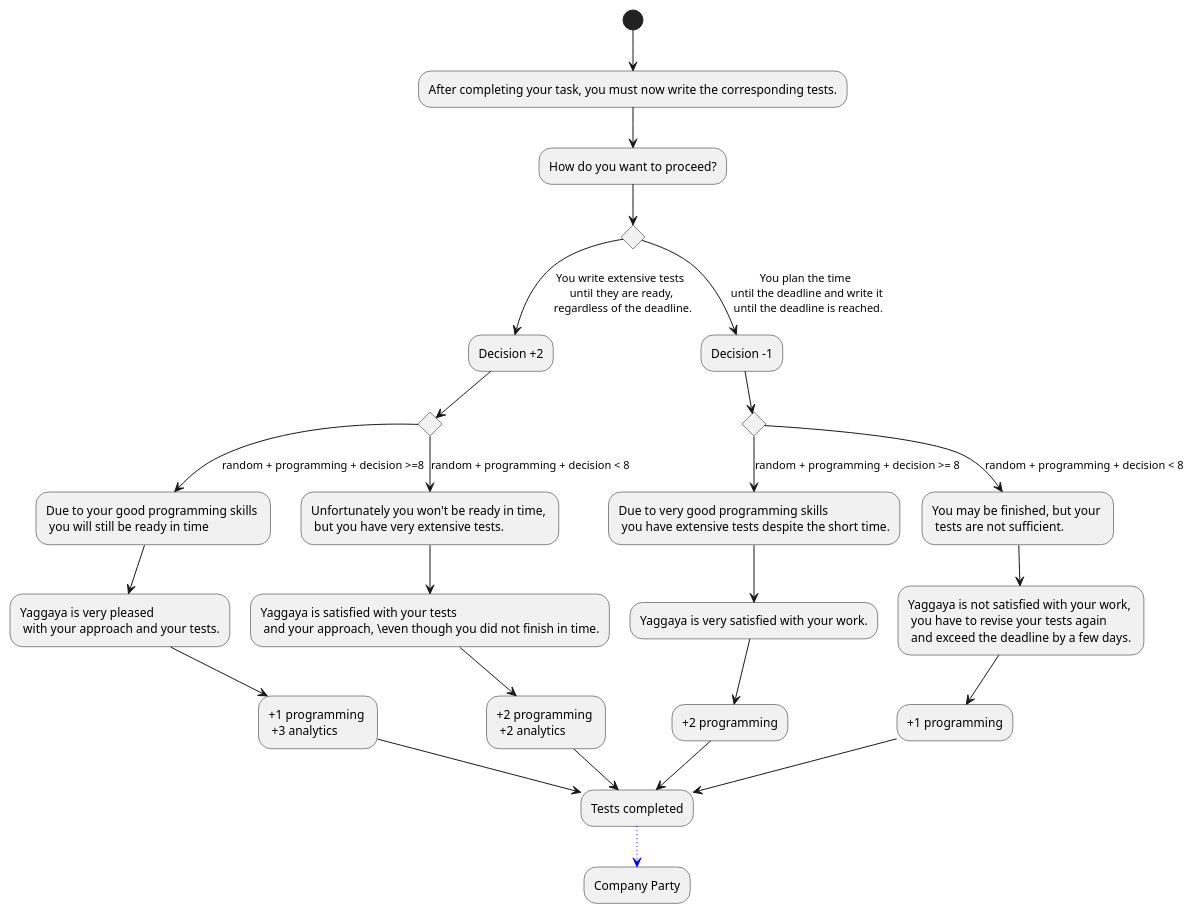
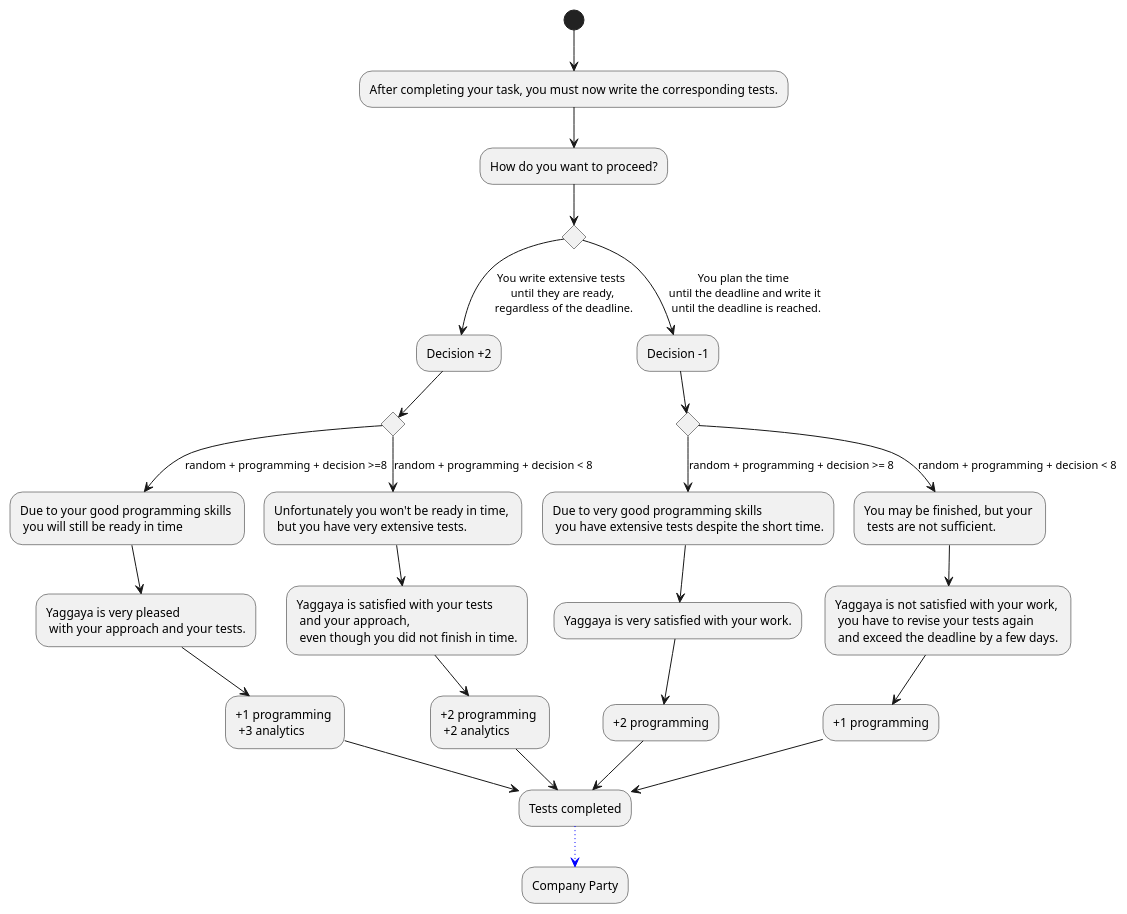
The diagram in Docs/Technical Specifications/docs/diagrams/StoryFlow/StoryFlow_Decision_5.puml (Brotenko/QualityQuest), drawn with PlantUML before and after one commit.

Commit message:
Update Docs/Technical Specifications/docs/diagrams/StoryFlow/StoryFlow_Decision_5.puml

```diff
--- a/Docs/Technical Specifications/docs/diagrams/StoryFlow/StoryFlow_Decision_5.puml
+++ b/Docs/Technical Specifications/docs/diagrams/StoryFlow/StoryFlow_Decision_5.puml
@@ -1,38 +1,38 @@
 @startuml
 (*) --> "After completing your task, you must now write the corresponding tests."
 --> "How do you want to proceed?" as wie
 if "" then
 --> [You write extensive tests \n until they are ready, \n regardless of the deadline.] "Decision +2" as d1
 if " " then 
 --> [random + programming + decision >=8] "Due to your good programming skills \n you will still be ready in time"
 --> "Yaggaya is very pleased \n with your approach and your tests."
 --> "+1 programming \n +3 analytics" as a1
 else 
 --> [random + programming + decision < 8] "Unfortunately you won't be ready in time, \n but you have very extensive tests."
---> "Yaggaya is satisfied with your tests \n and your approach, \even though you did not finish in time."
+--> "Yaggaya is satisfied with your tests \n and your approach, \n even though you did not finish in time."
 --> "+2 programming \n +2 analytics" as a2
 endif
 else
  --> [You plan the time \n until the deadline and write it \n until the deadline is reached.] "Decision -1" as d2
 if " " then 
 --> [random + programming + decision >= 8] "Due to very good programming skills \n you have extensive tests despite the short time."
 --> "Yaggaya is very satisfied with your work."
 --> "+2 programming" as a3
 else 
 --> [random + programming + decision < 8] "You may be finished, but your \n tests are not sufficient."
 --> "Yaggaya is not satisfied with your work, \n you have to revise your tests again \n and exceed the deadline by a few days."
 --> "+1 programming" as a4
 endif
 endif
 
 a1 --> "Tests completed" as ta
 a2 --> ta
 a3 --> ta
 a4 --> ta
 ta -[#blue,dotted]-> "Company Party"
 
 
 
 
 
 @enduml
```
